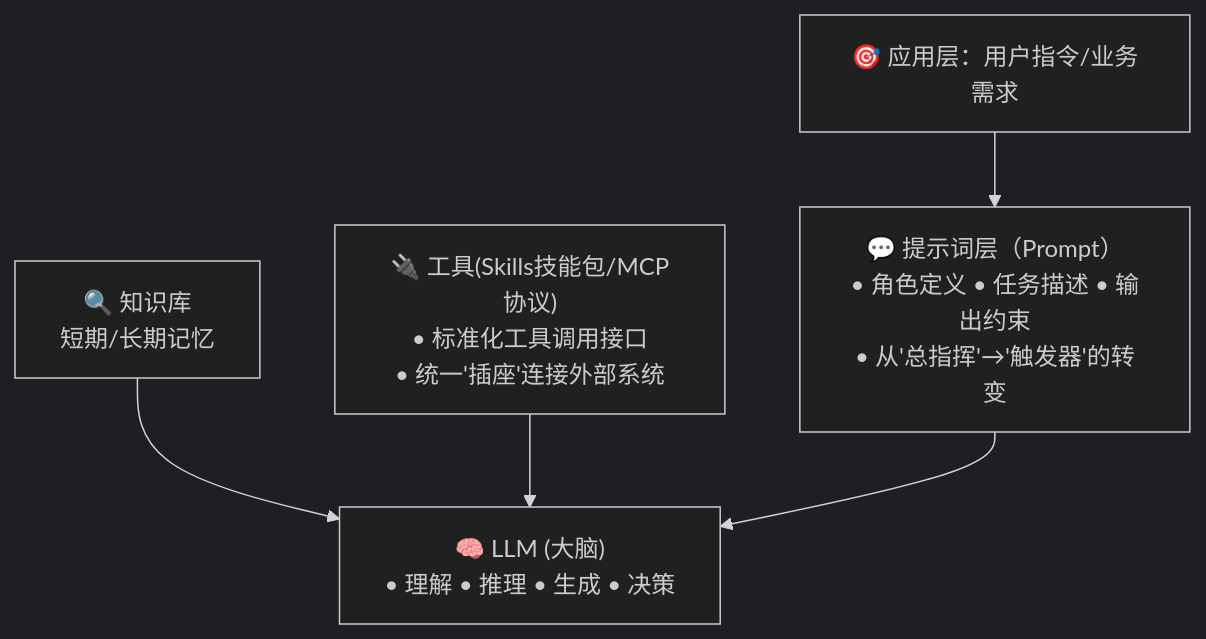
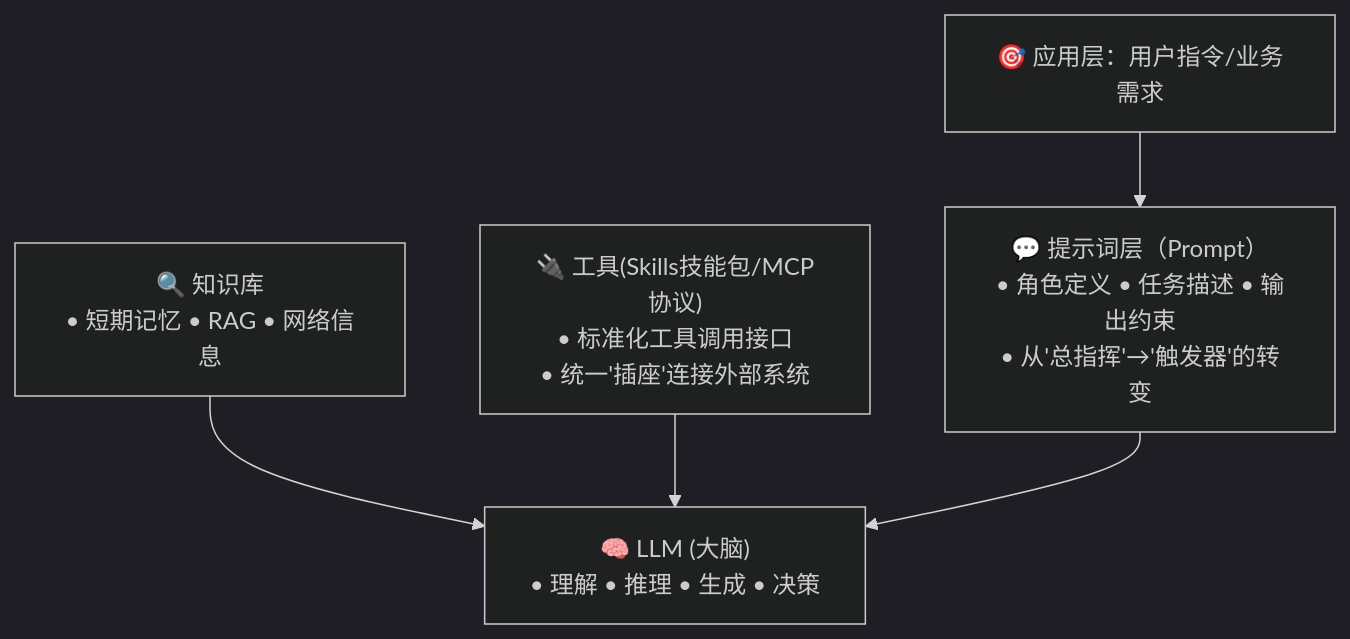
The first of 4 diagrams in note/11.ai/training/lession1/README.md (wb04307201/wb04307201), drawn with Mermaid (dark theme) before and after one commit.

Commit message:
docs(note): 更新知识库概念描述
- 将短期/长期记忆修改为短期记忆、RAG、网络信息
- 优化了知识库相关的内容表述

````diff
--- a/note/11.ai/training/lession1/README.md
+++ b/note/11.ai/training/lession1/README.md
@@ -12,16 +12,16 @@
 ```mermaid
 graph TD
     A["🎯 应用层：用户指令/业务需求"]
     
     B1["💬 提示词层（Prompt）<br/>• 角色定义 • 任务描述 • 输出约束<br/>• 从'总指挥'→'触发器'的转变"]
     
-    B2["🔍 知识库<br/>短期/长期记忆"]
+    B2["🔍 知识库<br/>• 短期记忆 • RAG • 网络信息"]
     B3["🔌 工具(Skills技能包/MCP协议)<br/>• 标准化工具调用接口<br/>• 统一'插座'连接外部系统"]
     
     C["🧠 LLM (大脑)<br/>• 理解 • 推理 • 生成 • 决策"]
     
     A --> B1
     B2 --> C
     B3 --> C
     B1 --> C
 ```
````
